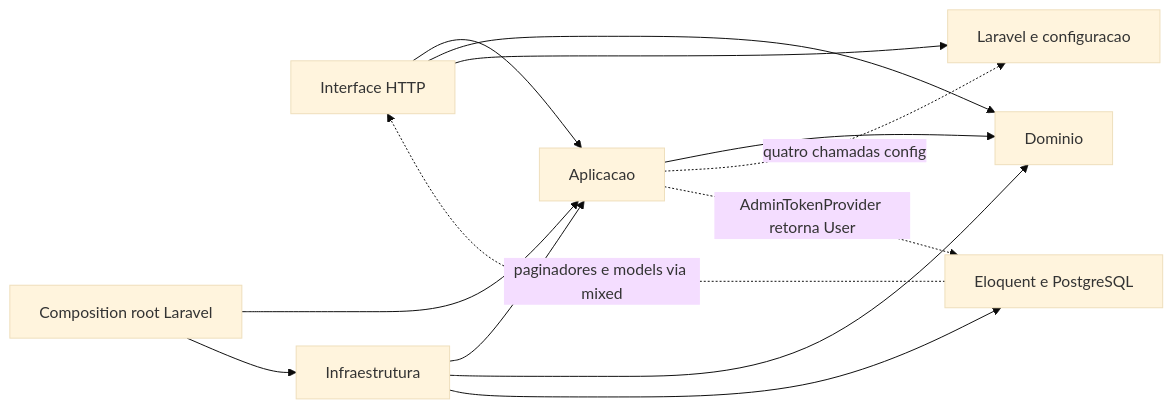
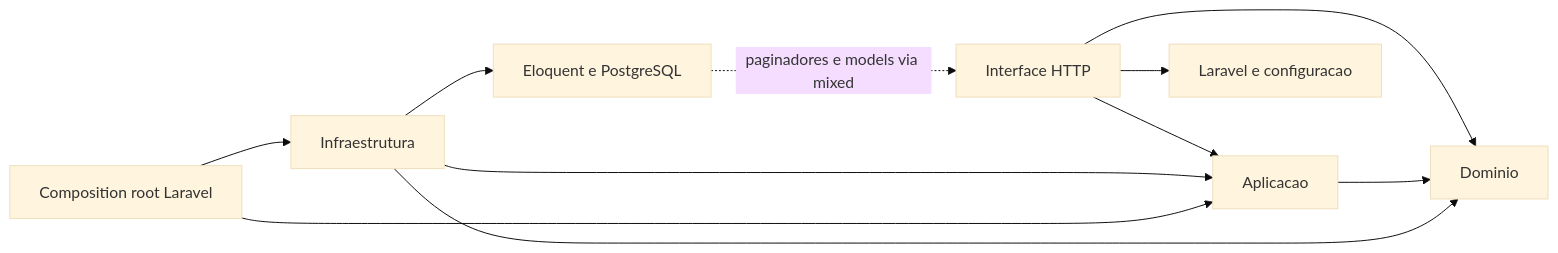
Before and after one commit to saranbruno/Tech-Challenge-Oficina: the first of 8 diagrams in docs/ddd/diagrams.md, drawn with Mermaid (base theme). The commit also changed other lines of this file and 55 other files, not shown here.

````diff
--- a/docs/ddd/diagrams.md
+++ b/docs/ddd/diagrams.md
@@ -11,23 +11,21 @@
 ```mermaid
 flowchart LR
     HTTP[Interface HTTP]
     Application[Aplicacao]
     Domain[Dominio]
     Infrastructure[Infraestrutura]
     Composition[Composition root Laravel]
     Laravel[Laravel e configuracao]
     Eloquent[Eloquent e PostgreSQL]
 
     HTTP --> Application
     HTTP --> Domain
     Application --> Domain
     Infrastructure --> Application
     Infrastructure --> Domain
     Infrastructure --> Eloquent
     Composition --> Application
     Composition --> Infrastructure
     HTTP --> Laravel
-    Application -. quatro chamadas config .-> Laravel
-    Application -. AdminTokenProvider retorna User .-> Eloquent
     Eloquent -. paginadores e models via mixed .-> HTTP
 ```
````
